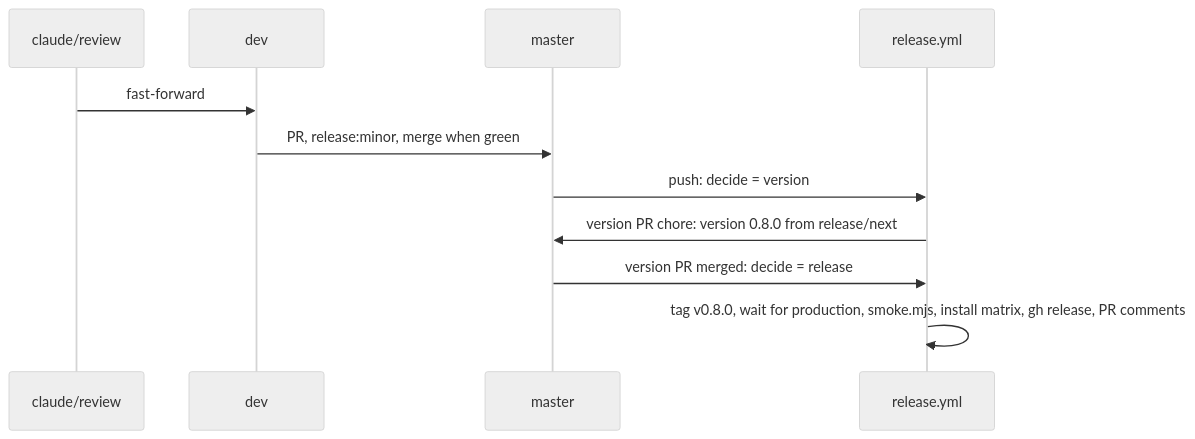
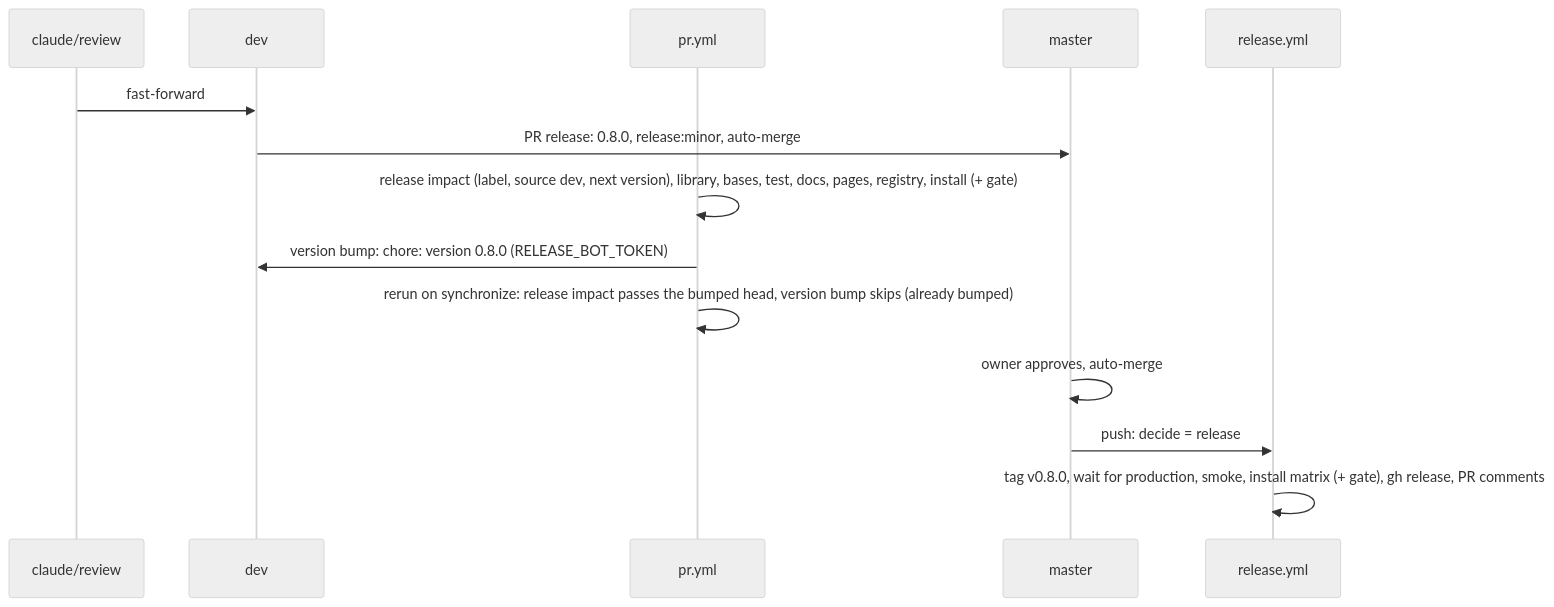
Before and after one commit to anindosarker/shadcn-table: the diagram in .ai/plans/v0.8.x/anindosarker/epics/07-release.md, drawn with Mermaid (neutral theme). The commit also changed other lines of this file and 4 other files, not shown here.

First line of the commit message:
docs(release): describe the one-PR release with the CI version bump

````diff
--- a/.ai/plans/v0.8.x/anindosarker/epics/07-release.md
+++ b/.ai/plans/v0.8.x/anindosarker/epics/07-release.md
@@ -43,13 +43,16 @@
 ```mermaid
 sequenceDiagram
   participant R as claude/review
   participant D as dev
+  participant P as pr.yml
   participant M as master
   participant W as release.yml
   R->>D: fast-forward
-  D->>M: PR, release:minor, merge when green
-  M->>W: push: decide = version
-  W->>M: version PR chore: version 0.8.0 from release/next
-  M->>W: version PR merged: decide = release
-  W->>W: tag v0.8.0, wait for production, smoke.mjs, install matrix, gh release, PR comments
+  D->>M: PR release: 0.8.0, release:minor, auto-merge
+  P->>P: release impact (label, source dev, next version), library, bases, test, docs, pages, registry, install (+ gate)
+  P->>D: version bump: chore: version 0.8.0 (RELEASE_BOT_TOKEN)
+  P->>P: rerun on synchronize: release impact passes the bumped head, version bump skips (already bumped)
+  M->>M: owner approves, auto-merge
+  M->>W: push: decide = release
+  W->>W: tag v0.8.0, wait for production, smoke, install matrix (+ gate), gh release, PR comments
 ```
````
